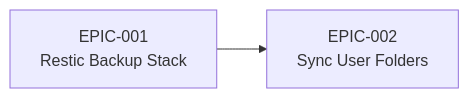
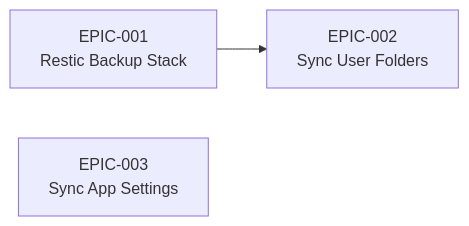
The diagram in docs/vision/(VISION-001)-Workstation-as-Code/roadmap.md (cristoslc/202602-workstation), drawn with Mermaid before and after one commit. The commit also changed other lines of this file and 4 other files, not shown here.

First line of the commit message:
Create EPIC-003 (Sync App Settings) and wire up artifact graph

````diff
--- a/docs/vision/(VISION-001)-Workstation-as-Code/roadmap.md
+++ b/docs/vision/(VISION-001)-Workstation-as-Code/roadmap.md
@@ -7,7 +7,8 @@
 ```mermaid
 graph LR
     E1["EPIC-001<br>Restic Backup Stack"]
     E2["EPIC-002<br>Sync User Folders"]
+    E3["EPIC-003<br>Sync App Settings"]
 
     E1 --> E2
 ```
````
